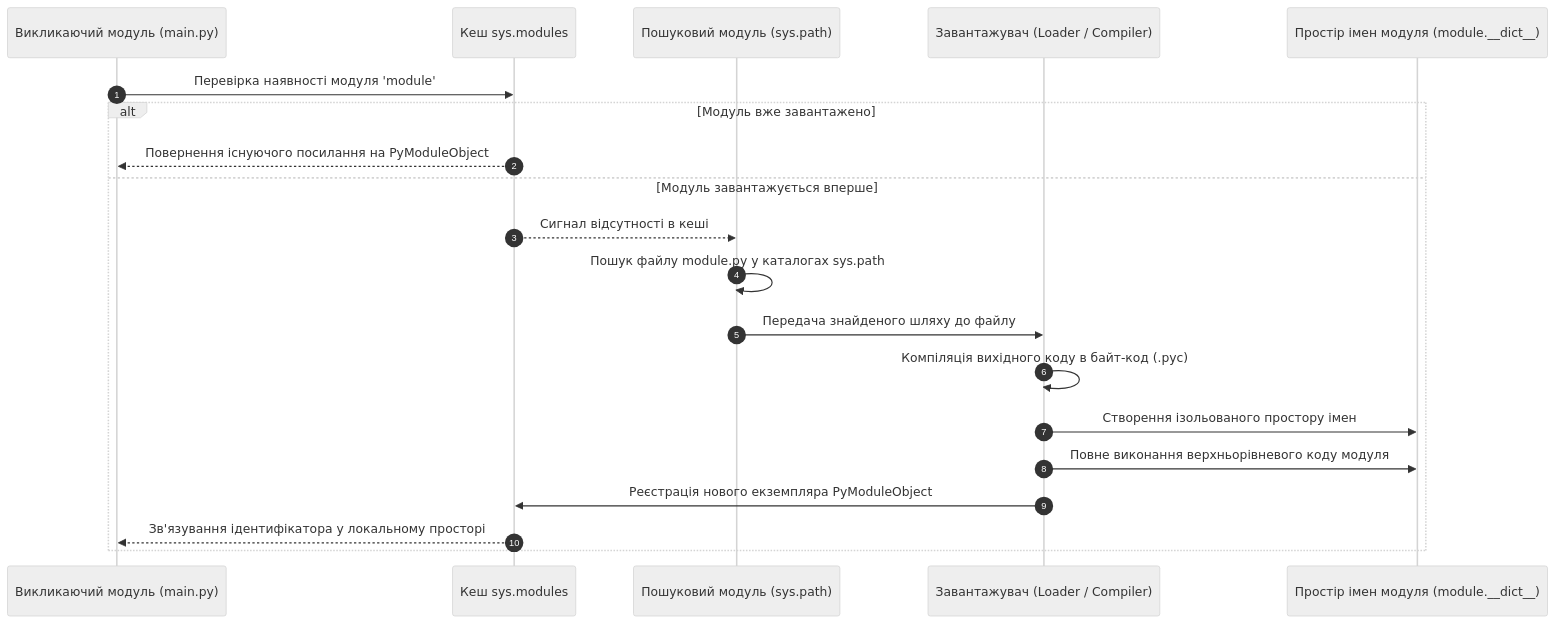
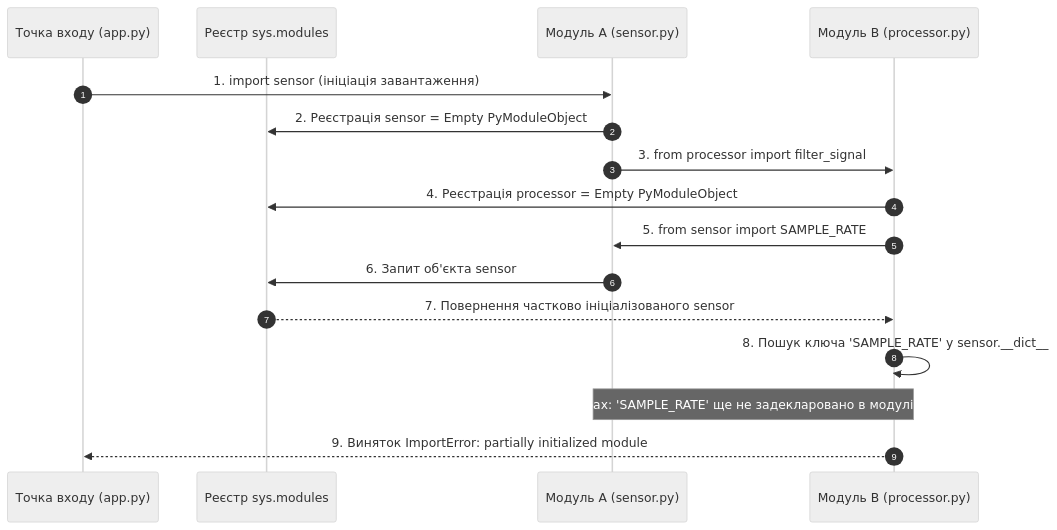
The third of 4 diagrams in docs/lk/lk7.md (KyryloVadurin/python-programming), drawn with Mermaid (neutral theme) before and after one commit. The commit also changed other lines of this file, not shown here.

````diff
--- a/docs/lk/lk7.md
+++ b/docs/lk/lk7.md
@@ -17,23 +285,19 @@
 ```mermaid
 sequenceDiagram
     autonumber
-    participant Caller as Викликаючий модуль (main.py)
-    participant SysModules as Кеш sys.modules
-    participant Finder as Пошуковий модуль (sys.path)
-    participant Loader as Завантажувач (Loader / Compiler)
-    participant TargetDict as Простір імен модуля (module.__dict__)
+    participant Main as Точка входу (app.py)
+    participant SysCache as Реєстр sys.modules
+    participant ModA as Модуль A (sensor.py)
+    participant ModB as Модуль B (processor.py)
 
-    Caller->>SysModules: Перевірка наявності модуля 'module'
-    alt Модуль вже завантажено
-        SysModules-->>Caller: Повернення існуючого посилання на PyModuleObject
-    else Модуль завантажується вперше
-        SysModules-->>Finder: Сигнал відсутності в кеші
-        Finder->>Finder: Пошук файлу module.py у каталогах sys.path
-        Finder->>Loader: Передача знайденого шляху до файлу
-        Loader->>Loader: Компіляція вихідного коду в байт-код (.pyc)
-        Loader->>TargetDict: Створення ізольованого простору імен
-        Loader->>TargetDict: Повне виконання верхньорівневого коду модуля
-        Loader->>SysModules: Реєстрація нового екземпляра PyModuleObject
-        SysModules-->>Caller: Зв'язування ідентифікатора у локальному просторі
-    end
+    Main->>ModA: 1. import sensor (ініціація завантаження)
+    ModA->>SysCache: 2. Реєстрація sensor = Empty PyModuleObject
+    ModA->>ModB: 3. from processor import filter_signal
+    ModB->>SysCache: 4. Реєстрація processor = Empty PyModuleObject
+    ModB->>ModA: 5. from sensor import SAMPLE_RATE
+    ModA->>SysCache: 6. Запит об'єкта sensor
+    SysCache-->>ModB: 7. Повернення частково ініціалізованого sensor
+    ModB->>ModB: 8. Пошук ключа 'SAMPLE_RATE' у sensor.__dict__
+    Note over ModB,ModA: Крах: 'SAMPLE_RATE' ще не задекларовано в модулі A!
+    ModB-->>Main: 9. Виняток ImportError: partially initialized module
 ```
````
